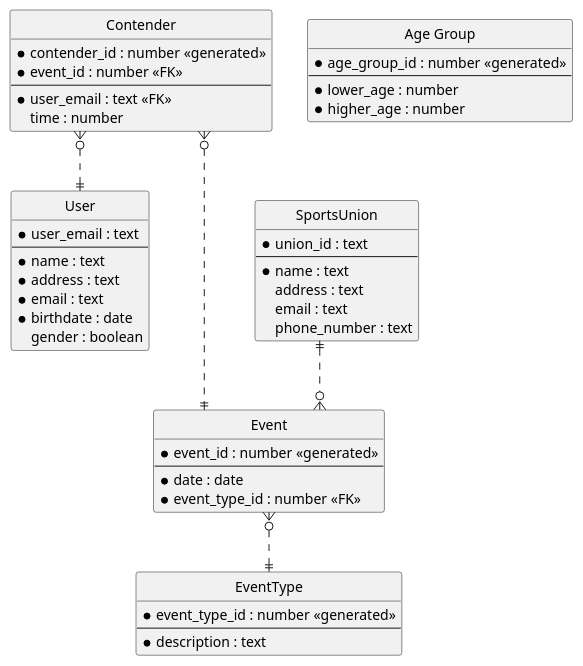
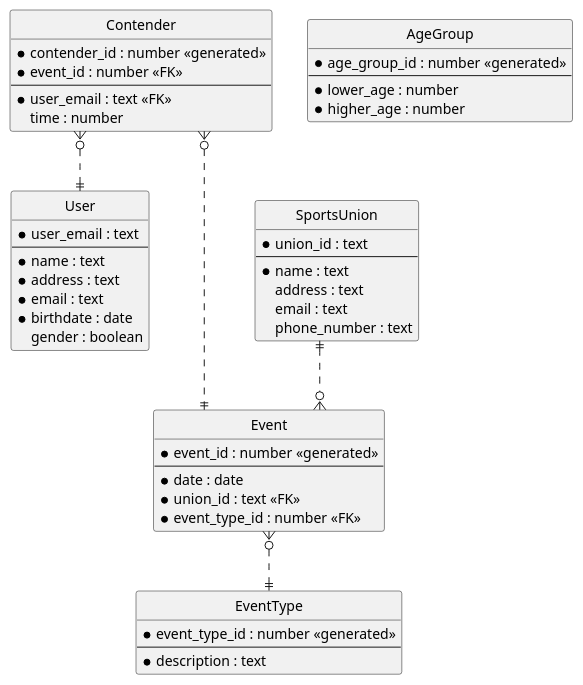
Before and after one commit to DTUSoftware/DBProject: the diagram in src/main/resources/ER-Diagram.puml, drawn with PlantUML.

Commit message:
bøvs

```diff
--- a/src/main/resources/ER-Diagram.puml
+++ b/src/main/resources/ER-Diagram.puml
@@ -1,68 +1,69 @@
 @startuml
 'https://plantuml.com/ie-diagram
 
 ' hide the spot
 hide circle
 
 ' avoid problems with angled crows feet
 skinparam linetype ortho
 
 entity User {
   *user_email : text
   --
   *name : text
   *address : text
   *email : text
   *birthdate : date
   gender : boolean
 }
 
 entity Event {
   *event_id : number <<generated>>
   --
   *date : date
+  *union_id : text <<FK>>
   *event_type_id : number <<FK>>
 }
 
 entity EventType {
   *event_type_id : number <<generated>>
   --
   *description : text
 }
 Event }o..|| EventType
 
 entity Contender {
   *contender_id : number <<generated>>
   * event_id : number <<FK>>
   --
   * user_email : text <<FK>>
   time : number
 }
 Contender }o...|| Event
 Contender }o..|| User
 
 
-entity "Age Group" {
+entity AgeGroup {
     *age_group_id : number <<generated>>
     --
     *lower_age : number
     *higher_age : number
 }
 
 entity SportsUnion {
     *union_id : text
     --
     *name : text
     address : text
     email : text
     phone_number : text
 }
 SportsUnion ||..o{ Event
 
 
 
 'User ||..o{ Event
 'User |o..o{ Contender
 
 
 @enduml
```
